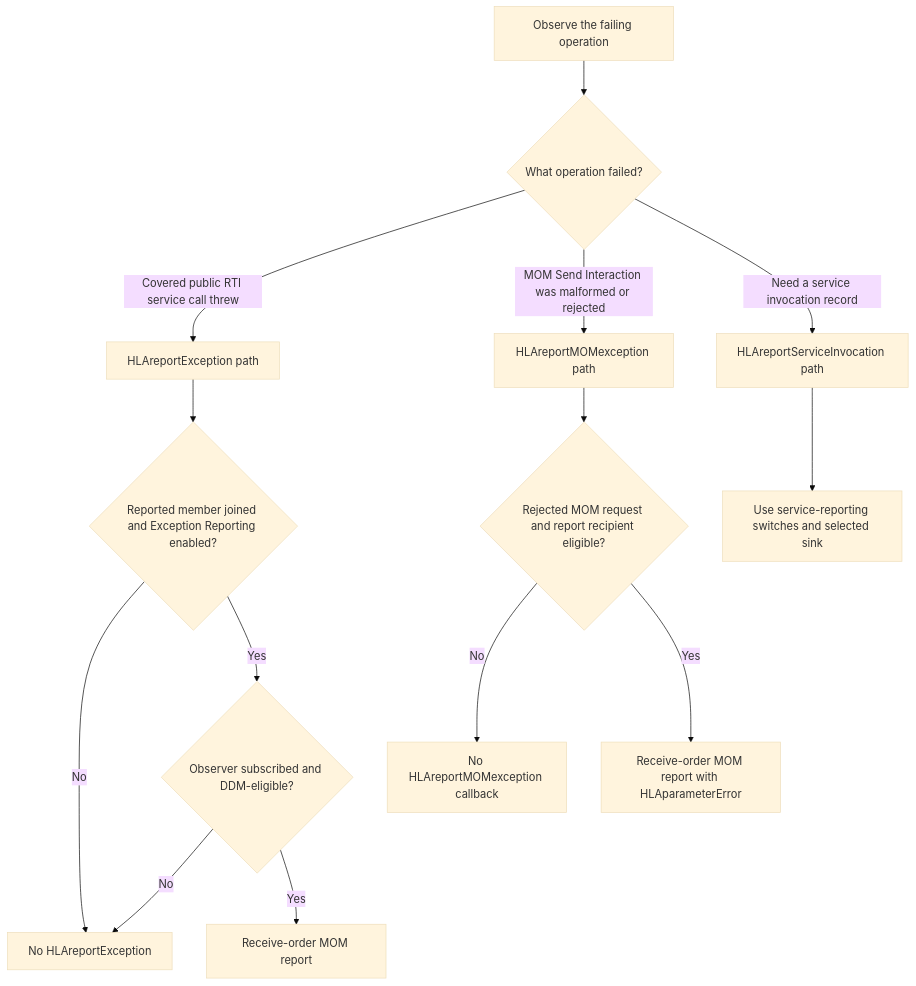
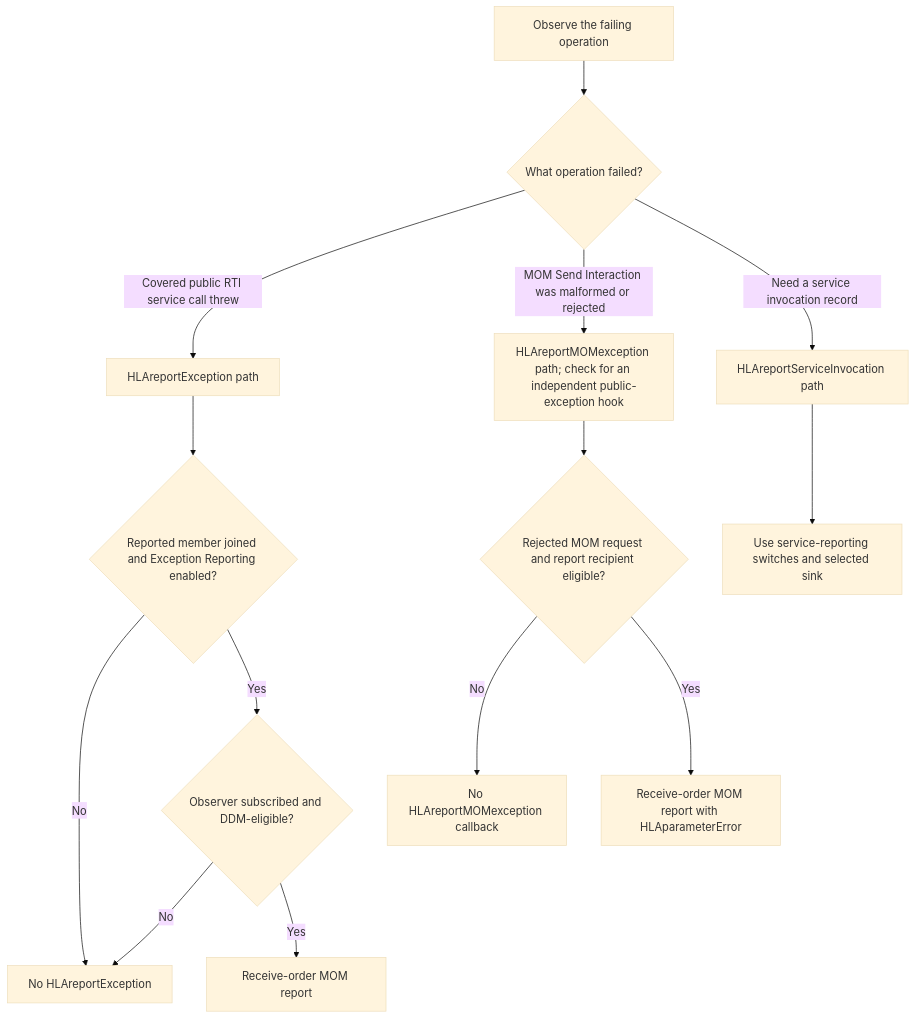
Before and after one commit to sheepfling/umbra: the first of 7 diagrams in docs/design/HLA-2025-EXCEPTION-REPORTING-FLOW-GUIDE.md, drawn with Mermaid (base theme). The commit also changed other lines of this file and 668 other files, not shown here.

````diff
--- a/docs/design/HLA-2025-EXCEPTION-REPORTING-FLOW-GUIDE.md
+++ b/docs/design/HLA-2025-EXCEPTION-REPORTING-FLOW-GUIDE.md
@@ -77,16 +77,16 @@
 ```mermaid
 flowchart TD
     A[Observe the failing operation] --> B{What operation failed?}
     B -->|Covered public RTI service call threw| C[HLAreportException path]
-    B -->|MOM Send Interaction was malformed or rejected| D[HLAreportMOMexception path]
+    B -->|MOM Send Interaction was malformed or rejected| D[HLAreportMOMexception path; check for an independent public-exception hook]
     B -->|Need a service invocation record| E[HLAreportServiceInvocation path]
     C --> C1{Reported member joined and Exception Reporting enabled?}
     C1 -->|No| C2[No HLAreportException]
     C1 -->|Yes| C3{Observer subscribed and DDM-eligible?}
     C3 -->|No| C2
     C3 -->|Yes| C4[Receive-order MOM report]
     D --> D1{Rejected MOM request and report recipient eligible?}
     D1 -->|No| D2[No HLAreportMOMexception callback]
     D1 -->|Yes| D3[Receive-order MOM report with HLAparameterError]
     E --> E1[Use service-reporting switches and selected sink]
 ```
````
